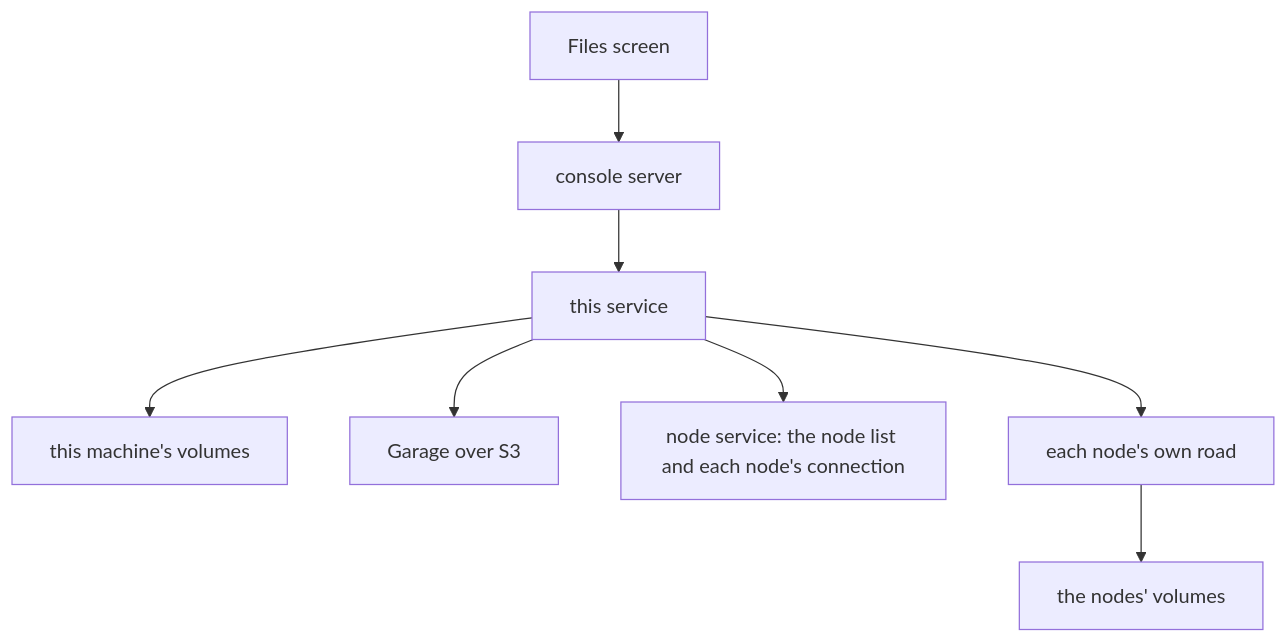
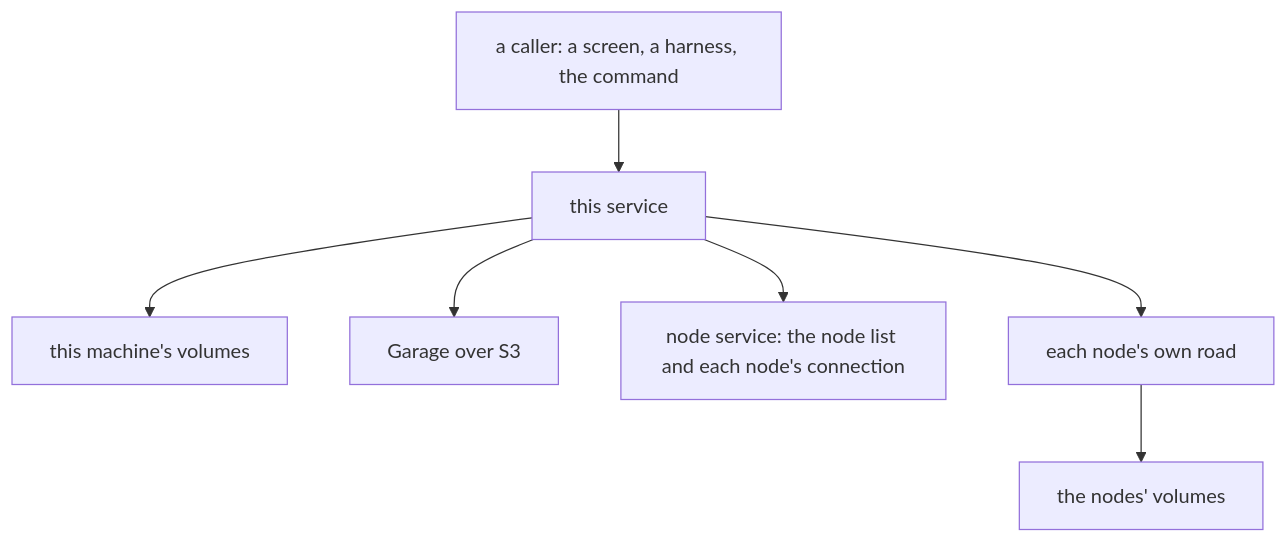
One commit to ahas/bmo-drive changed the first of 2 diagrams in docs/files.md. Above: the diagram before and after it, drawn with Mermaid. The commit also changed other lines of this file and 64 other files, not shown here.

First line of the commit message:
Move bmo-drive onto its redesigned API and ship its harness plugin (0.1.0-rev.1)

````diff
--- a/docs/files.md
+++ b/docs/files.md
@@ -14,10 +14,9 @@
 ```mermaid
 flowchart TD
-  Screen[Files screen] --> Console[console server]
-  Console --> Drive[this service]
+  Caller[a caller: a screen, a harness, the command] --> Drive[this service]
   Drive --> Disks[this machine's volumes]
   Drive --> Garage[Garage over S3]
   Drive --> Node[node service: the node list and each node's connection]
   Drive --> Roads[each node's own road]
   Roads --> Nodes[the nodes' volumes]
 ```
````
